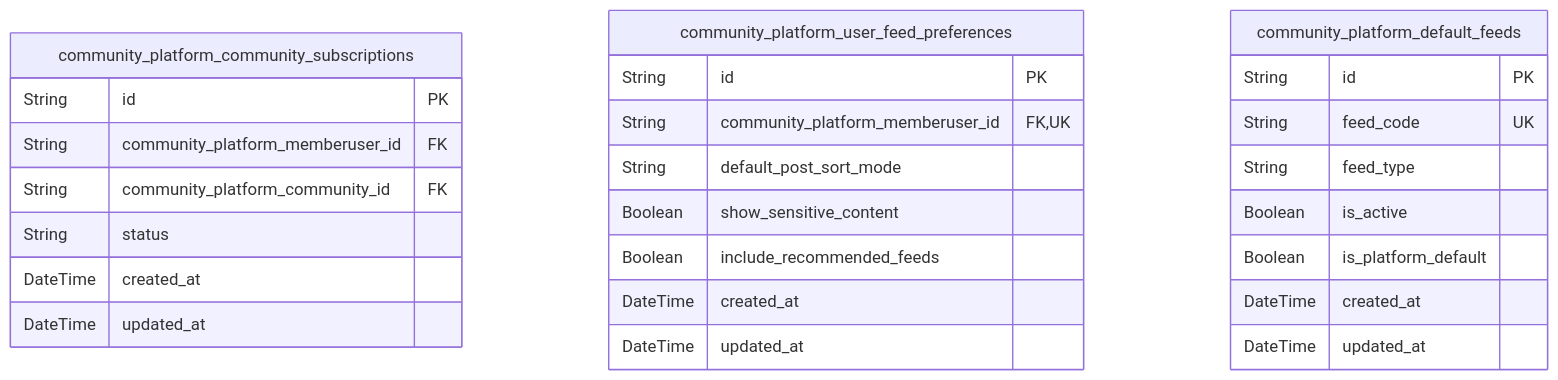
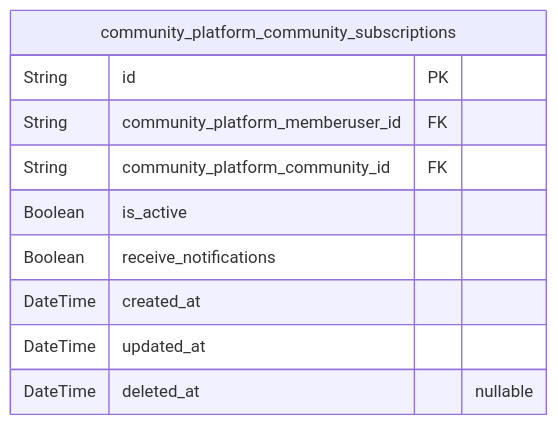
The sixth of 9 diagrams in openai/gpt-5.1/reddit/docs/ERD.md (wrtnlabs/autobe-examples), drawn with Mermaid before and after one commit. The commit also changed other lines of this file and 3761 other files, not shown here.

````diff
--- a/openai/gpt-5.1/reddit/docs/ERD.md
+++ b/openai/gpt-5.1/reddit/docs/ERD.md
@@ -1884,29 +1523,13 @@
 ```mermaid
 erDiagram
 "community_platform_community_subscriptions" {
   String id PK
   String community_platform_memberuser_id FK
   String community_platform_community_id FK
-  String status
+  Boolean is_active
+  Boolean receive_notifications
   DateTime created_at
   DateTime updated_at
-}
-"community_platform_user_feed_preferences" {
-  String id PK
-  String community_platform_memberuser_id FK,UK
-  String default_post_sort_mode
-  Boolean show_sensitive_content
-  Boolean include_recommended_feeds
-  DateTime created_at
-  DateTime updated_at
-}
-"community_platform_default_feeds" {
-  String id PK
-  String feed_code UK
-  String feed_type
-  Boolean is_active
-  Boolean is_platform_default
-  DateTime created_at
-  DateTime updated_at
+  DateTime deleted_at "nullable"
 }
 ```
````
